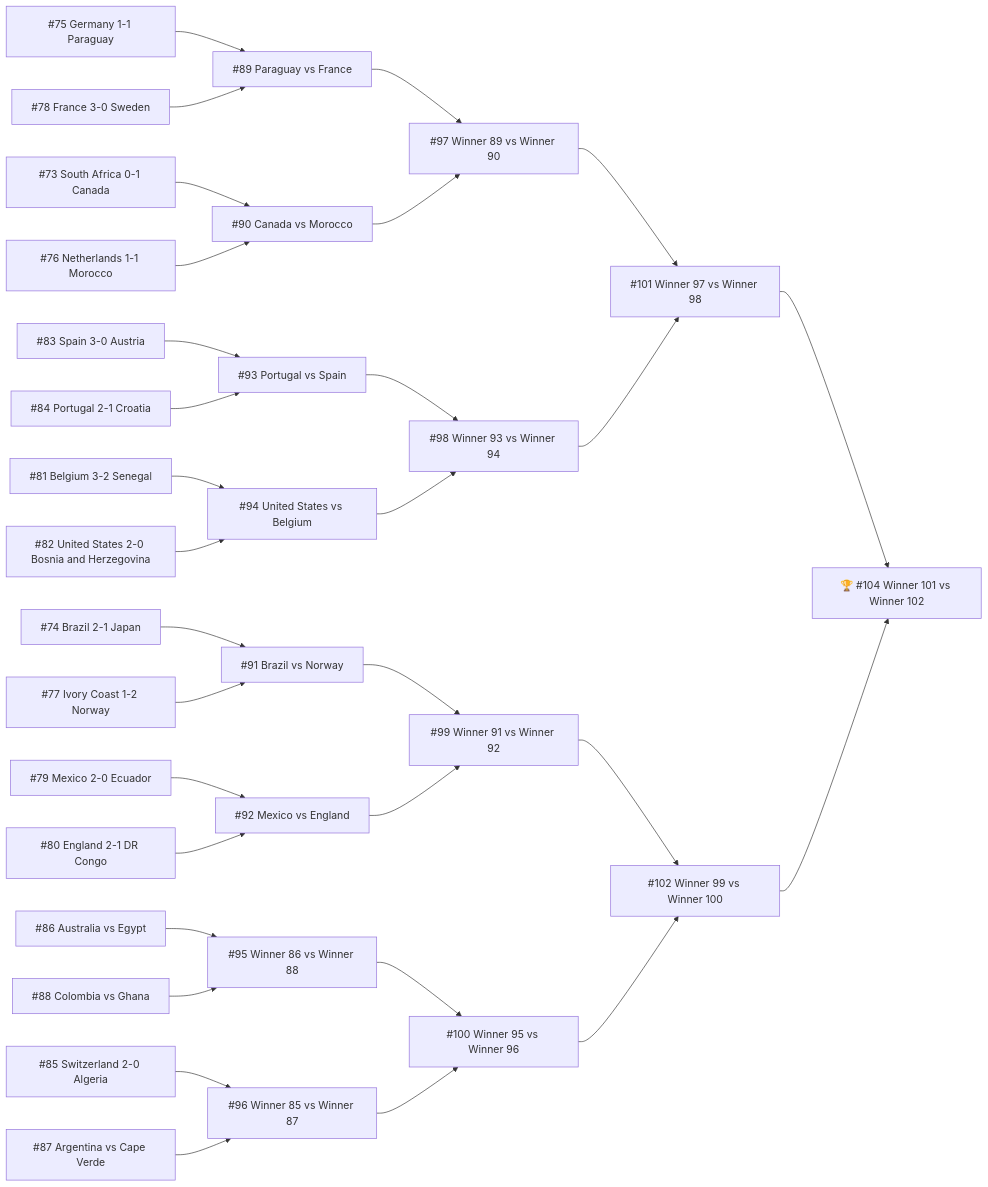
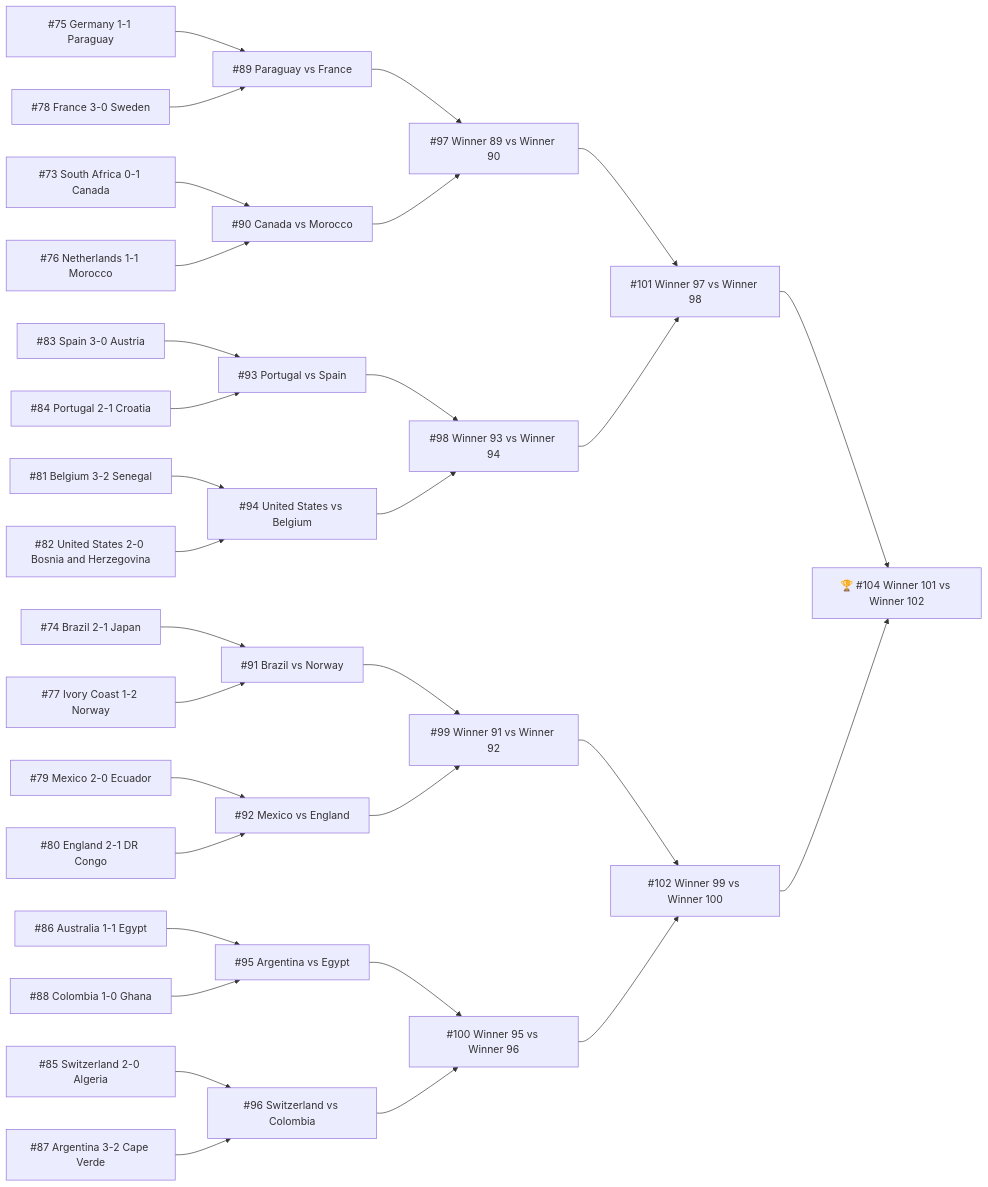
Before and after one commit to didiowen/theyears: the diagram in src/site/notes/Area/Football/World Cup 2026.md, drawn with Mermaid. The commit also changed 1 other file, not shown here.

Commit message:
auto: WC2026 update 2026-07-04

````diff
--- a/src/site/notes/Area/Football/World Cup 2026.md
+++ b/src/site/notes/Area/Football/World Cup 2026.md
@@ -490,64 +490,64 @@
 ```mermaid
 flowchart LR
   M73["#73 South Africa 0-1 Canada"]
   M74["#74 Brazil 2-1 Japan"]
   M75["#75 Germany 1-1 Paraguay"]
   M76["#76 Netherlands 1-1 Morocco"]
   M77["#77 Ivory Coast 1-2 Norway"]
   M78["#78 France 3-0 Sweden"]
   M79["#79 Mexico 2-0 Ecuador"]
   M80["#80 England 2-1 DR Congo"]
   M81["#81 Belgium 3-2 Senegal"]
   M82["#82 United States 2-0 Bosnia and Herzegovina"]
   M83["#83 Spain 3-0 Austria"]
   M84["#84 Portugal 2-1 Croatia"]
   M85["#85 Switzerland 2-0 Algeria"]
-  M86["#86 Australia vs Egypt"]
-  M87["#87 Argentina vs Cape Verde"]
-  M88["#88 Colombia vs Ghana"]
+  M86["#86 Australia 1-1 Egypt"]
+  M87["#87 Argentina 3-2 Cape Verde"]
+  M88["#88 Colombia 1-0 Ghana"]
   M89["#89 Paraguay vs France"]
   M90["#90 Canada vs Morocco"]
   M91["#91 Brazil vs Norway"]
   M92["#92 Mexico vs England"]
   M93["#93 Portugal vs Spain"]
   M94["#94 United States vs Belgium"]
-  M95["#95 Winner 86 vs Winner 88"]
-  M96["#96 Winner 85 vs Winner 87"]
+  M95["#95 Argentina vs Egypt"]
+  M96["#96 Switzerland vs Colombia"]
   M97["#97 Winner 89 vs Winner 90"]
   M98["#98 Winner 93 vs Winner 94"]
   M99["#99 Winner 91 vs Winner 92"]
   M100["#100 Winner 95 vs Winner 96"]
   M101["#101 Winner 97 vs Winner 98"]
   M102["#102 Winner 99 vs Winner 100"]
   M104["🏆 #104 Winner 101 vs Winner 102"]
   M75 --> M89
   M78 --> M89
   M73 --> M90
   M76 --> M90
   M74 --> M91
   M77 --> M91
   M79 --> M92
   M80 --> M92
   M83 --> M93
   M84 --> M93
   M81 --> M94
   M82 --> M94
   M86 --> M95
   M88 --> M95
   M85 --> M96
   M87 --> M96
   M89 --> M97
   M90 --> M97
   M93 --> M98
   M94 --> M98
   M91 --> M99
   M92 --> M99
   M95 --> M100
   M96 --> M100
   M97 --> M101
   M98 --> M101
   M99 --> M102
   M100 --> M102
   M101 --> M104
   M102 --> M104
 ```
````
